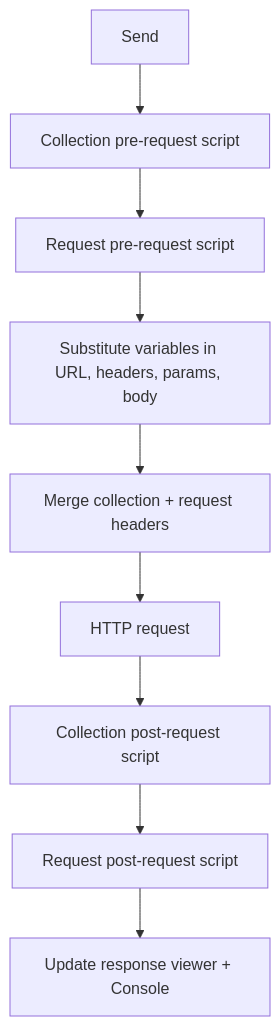
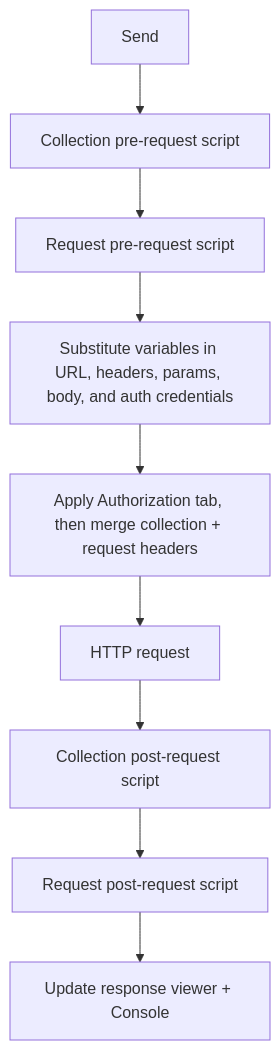
One commit to headzoo/harborclient changed the second of 2 diagrams in docs/requests.md. Above: the diagram before and after it, drawn with Mermaid. The commit also changed other lines of this file and 39 other files, not shown here.

````diff
--- a/docs/requests.md
+++ b/docs/requests.md
@@ -160,11 +203,11 @@
 ```mermaid
 flowchart TD
   send[Send] --> collPre[Collection pre-request script]
   collPre --> reqPre[Request pre-request script]
-  reqPre --> substitute["Substitute variables in URL, headers, params, body"]
-  substitute --> mergeHeaders[Merge collection + request headers]
+  reqPre --> substitute["Substitute variables in URL, headers, params, body, and auth credentials"]
+  substitute --> mergeHeaders["Apply Authorization tab, then merge collection + request headers"]
   mergeHeaders --> fetch[HTTP request]
   fetch --> collPost[Collection post-request script]
   collPost --> reqPost[Request post-request script]
   reqPost --> display[Update response viewer + Console]
 ```
````
